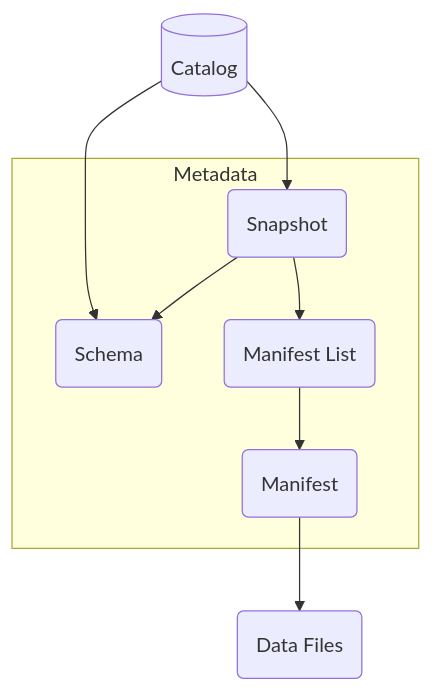
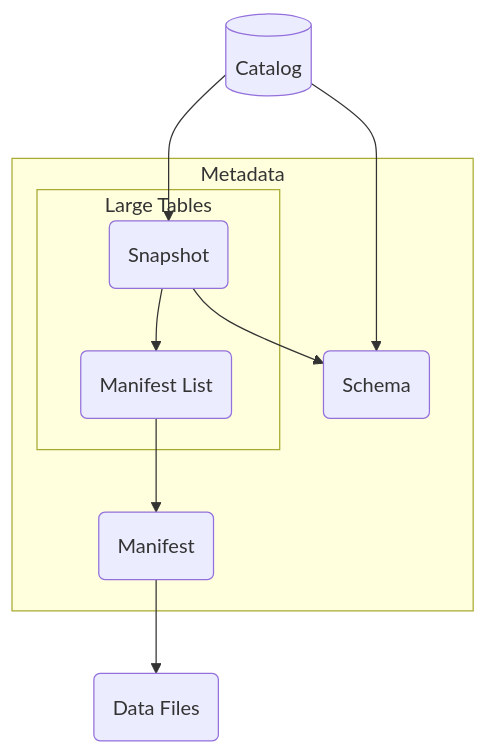
Before and after one commit to mabel-dev/tarchia: the diagram in README.md, drawn with Mermaid.

```diff
--- a/README.md
+++ b/README.md
@@ -35,11 +35,13 @@
 ~~~mermaid
 flowchart TD
     CATALOG[(Catalog)] --> SNAPSHOT(Snapshot)
     CATALOG  --> SCHEMA(Schema)
     subgraph Metadata 
         SNAPSHOT --> SCHEMA
-        SNAPSHOT --> MAN_LIST(Manifest List)
+        subgraph Large Tables
+            SNAPSHOT --> MAN_LIST(Manifest List)
+        end
         MAN_LIST --> MANIFEST(Manifest)
     end
     MANIFEST --> DATA(Data Files)
 ~~~
```
